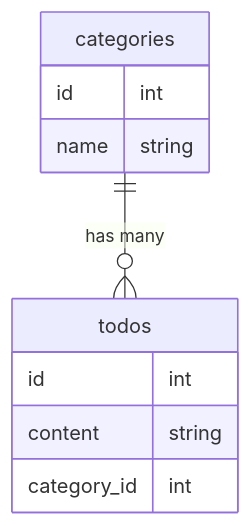
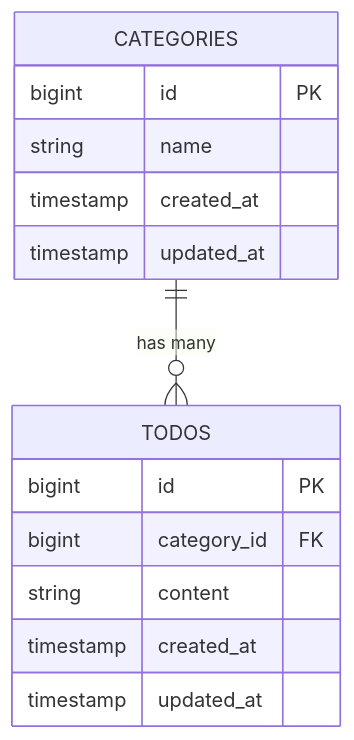
The diagram in README.md (osakana-works/TODO-app3), drawn with Mermaid before and after one commit.

Commit message:
ER図の更新

````diff
--- a/README.md
+++ b/README.md
@@ -32,15 +32,20 @@
 ```mermaid
 erDiagram
-    categories {
-        id int
-        name string
+
+    CATEGORIES {
+        bigint id PK
+        string name
+        timestamp created_at
+        timestamp updated_at
     }
 
-    todos {
-        id int
-        content string
-        category_id int
+    TODOS {
+        bigint id PK
+        bigint category_id FK
+        string content
+        timestamp created_at
+        timestamp updated_at
     }
 
-    categories ||--o{ todos : "has many"
+    CATEGORIES ||--o{ TODOS : "has many"
 ```
````
